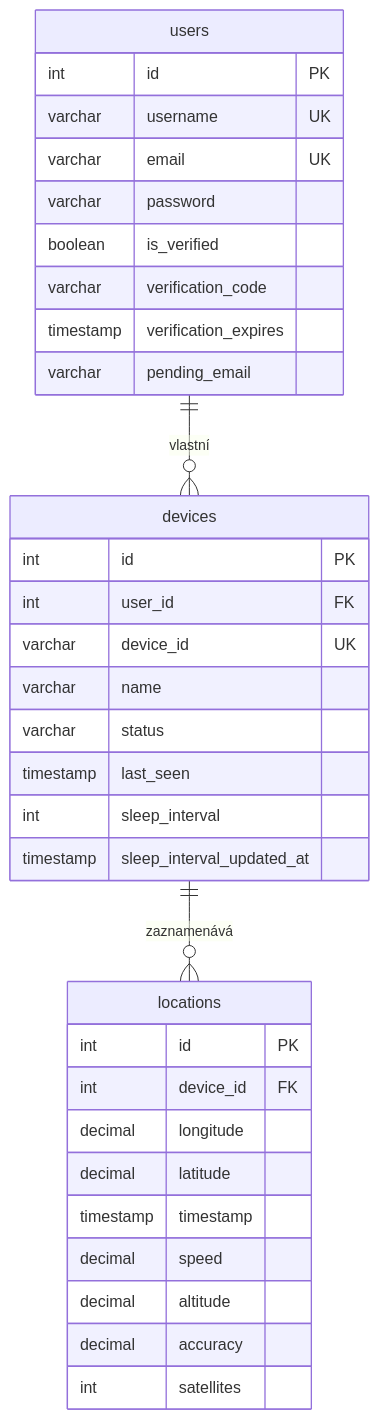
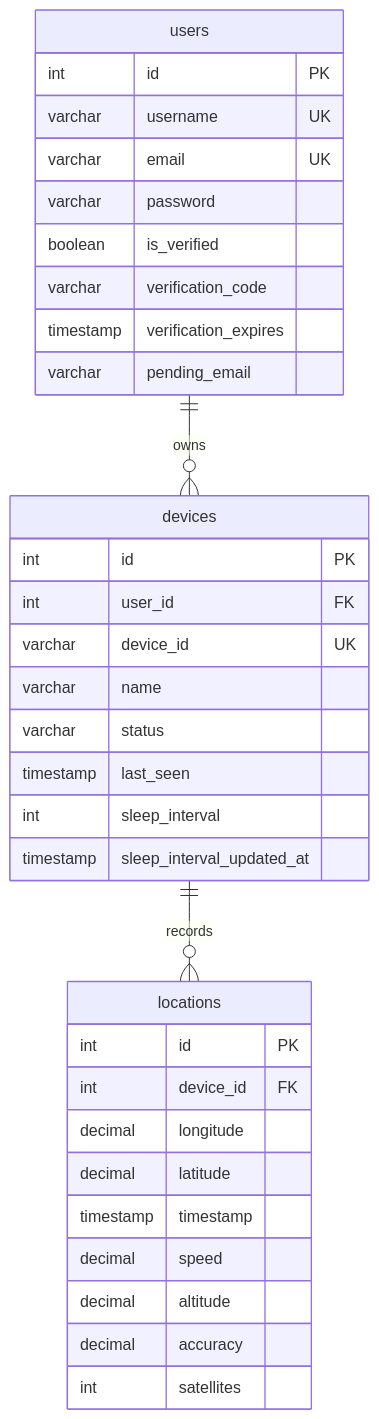
Before and after one commit to Balner123/GPS_server_NodeJS: the second of 2 diagrams in Server_NODEJS/readme_server.md, drawn with Mermaid. The commit also changed other lines of this file and 24 other files, not shown here.

````diff
--- a/Server_NODEJS/readme_server.md
+++ b/Server_NODEJS/readme_server.md
@@ -62,39 +62,39 @@
 ```mermaid
 erDiagram
     users {
         int id PK
         varchar username UK
         varchar email UK
         varchar password
         boolean is_verified
         varchar verification_code
         timestamp verification_expires
         varchar pending_email
     }
 
     devices {
         int id PK
         int user_id FK
         varchar device_id UK
         varchar name
         varchar status
         timestamp last_seen
         int sleep_interval
         timestamp sleep_interval_updated_at
     }
 
     locations {
         int id PK
         int device_id FK
         decimal longitude
         decimal latitude
         timestamp timestamp
         decimal speed
         decimal altitude
         decimal accuracy
         int satellites
     }
 
-    users ||--o{ devices : "vlastní"
-    devices ||--o{ locations : "zaznamenává"
+    users ||--o{ devices : "owns"
+    devices ||--o{ locations : "records"
 ```
````
